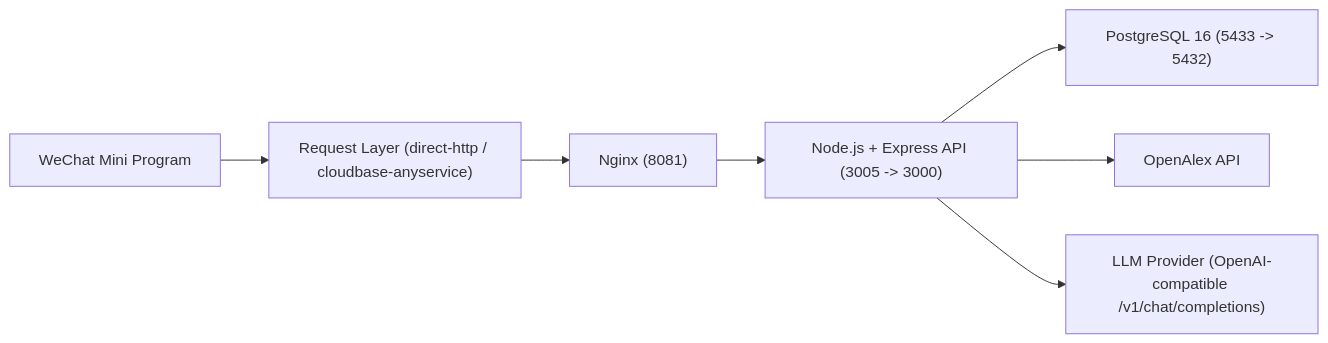
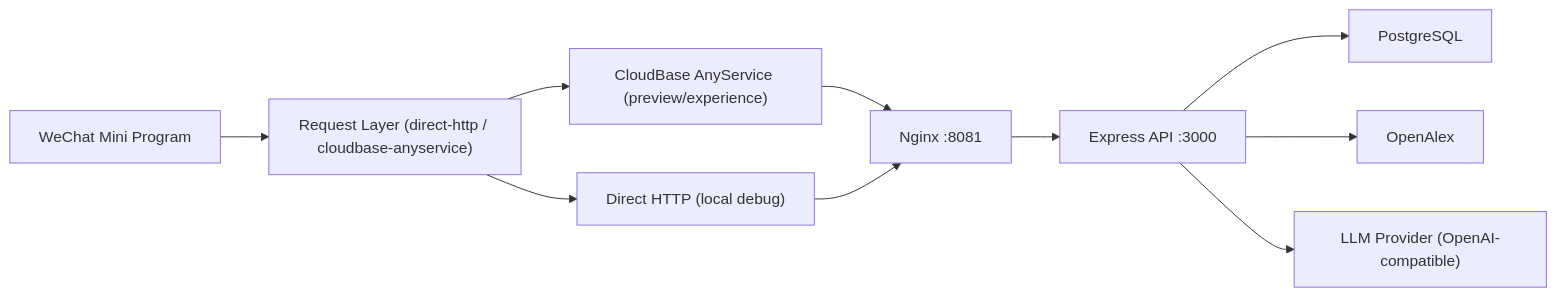
One commit to AnxuChen/ResearchPilot changed the diagram in README.md. Above: the diagram before and after it, drawn with Mermaid. The commit also changed other lines of this file and 10 other files, not shown here.

````diff
--- a/README.md
+++ b/README.md
@@ -57,9 +36,12 @@
 ```mermaid
 flowchart LR
   A["WeChat Mini Program"] --> B["Request Layer (direct-http / cloudbase-anyservice)"]
-  B --> C["Nginx (8081)"]
-  C --> D["Node.js + Express API (3005 -> 3000)"]
-  D --> E["PostgreSQL 16 (5433 -> 5432)"]
-  D --> G["OpenAlex API"]
-  D --> H["LLM Provider (OpenAI-compatible /v1/chat/completions)"]
+  B --> C["CloudBase AnyService (preview/experience)"]
+  B --> D["Direct HTTP (local debug)"]
+  C --> E["Nginx :8081"]
+  D --> E
+  E --> F["Express API :3000"]
+  F --> G["PostgreSQL"]
+  F --> H["OpenAlex"]
+  F --> I["LLM Provider (OpenAI-compatible)"]
 ```
````
